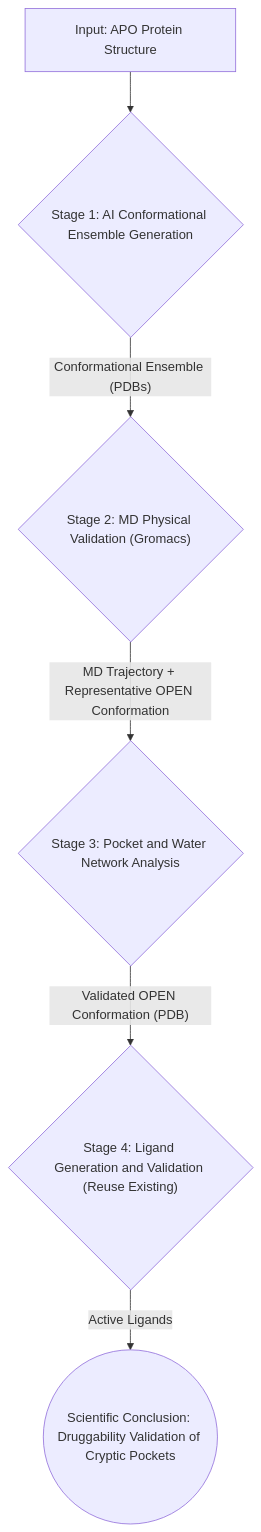
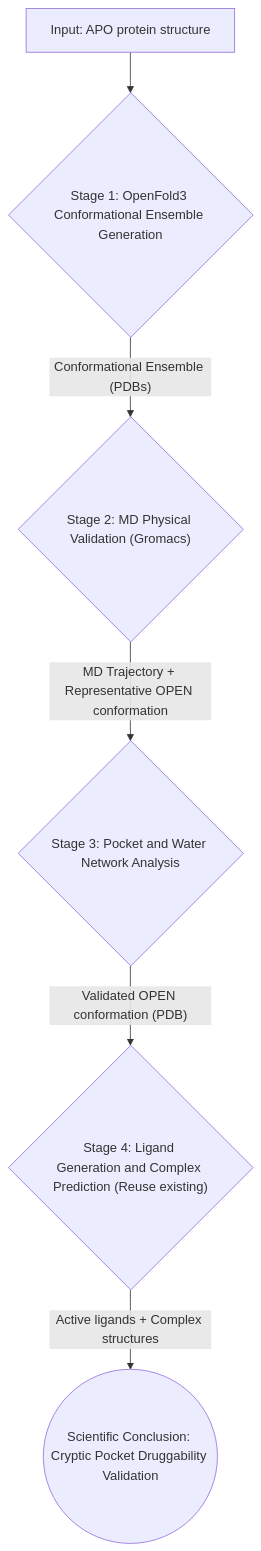
Before and after one commit to huluxiaohuowa/wa-dd-docs: the diagram in userguide/Case_Cryptic_Pocket_Discovery.EN.md, drawn with Mermaid. The commit also changed other lines of this file and 1 other file, not shown here.

````diff
--- a/userguide/Case_Cryptic_Pocket_Discovery.EN.md
+++ b/userguide/Case_Cryptic_Pocket_Discovery.EN.md
@@ -41,8 +41,8 @@
 ```mermaid
 graph TD
-    A["Input: APO Protein Structure"] --> B{"Stage 1: AI Conformational Ensemble Generation"};
+    A["Input: APO protein structure"] --> B{"Stage 1: OpenFold3 Conformational Ensemble Generation"};
     B -->|"Conformational Ensemble (PDBs)"| C{"Stage 2: MD Physical Validation (Gromacs)"};
-    C -->|"MD Trajectory + Representative OPEN Conformation"| D{"Stage 3: Pocket and Water Network Analysis"};
-    D -->|"Validated OPEN Conformation (PDB)"| E{"Stage 4: Ligand Generation and Validation (Reuse Existing)"};
-    E -->|"Active Ligands"| F(("Scientific Conclusion: Druggability Validation of Cryptic Pockets"));
+    C -->|"MD Trajectory + Representative OPEN conformation"| D{"Stage 3: Pocket and Water Network Analysis"};
+    D -->|"Validated OPEN conformation (PDB)"| E{"Stage 4: Ligand Generation and Complex Prediction (Reuse existing)"};
+    E -->|"Active ligands + Complex structures"| F(("Scientific Conclusion: Cryptic Pocket Druggability Validation"));
 ```
````
